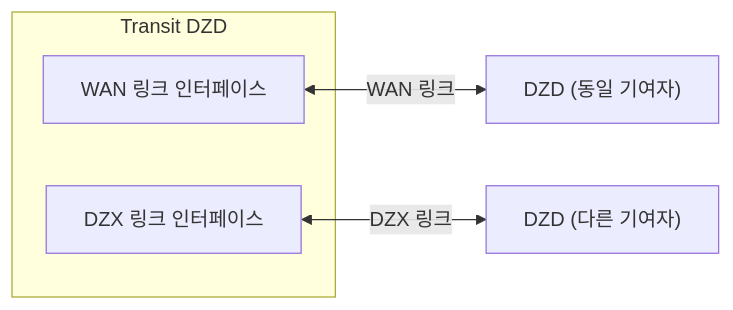
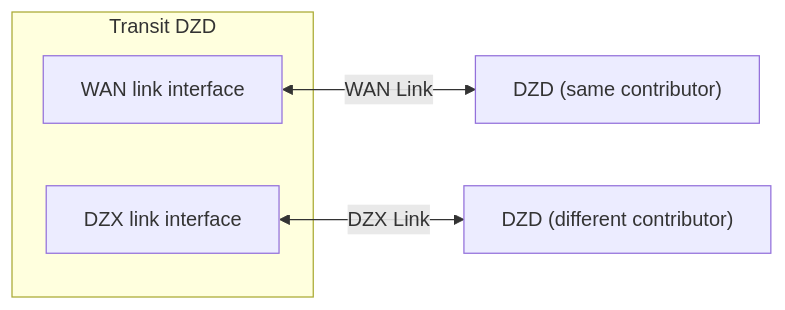
Before and after one commit to malbeclabs/docs: the sixth of 13 diagrams in docs/contribute-provisioning.ko.md, drawn with Mermaid. The commit also changed other lines of this file and 130 other files, not shown here.

````diff
--- a/docs/contribute-provisioning.ko.md
+++ b/docs/contribute-provisioning.ko.md
@@ -292,9 +292,9 @@
 ```mermaid
 flowchart LR
     subgraph TDZD[Transit DZD]
-        T_WAN["WAN 링크 인터페이스"]
-        T_DZX["DZX 링크 인터페이스"]
+        T_WAN["WAN link interface"]
+        T_DZX["DZX link interface"]
     end
-    T_WAN <-->|WAN 링크| T2["DZD (동일 기여자)"]
-    T_DZX <-->|DZX 링크| TD["DZD (다른 기여자)"]
+    T_WAN <-->|WAN Link| T2["DZD (same contributor)"]
+    T_DZX <-->|DZX Link| TD["DZD (different contributor)"]
 ```
````
